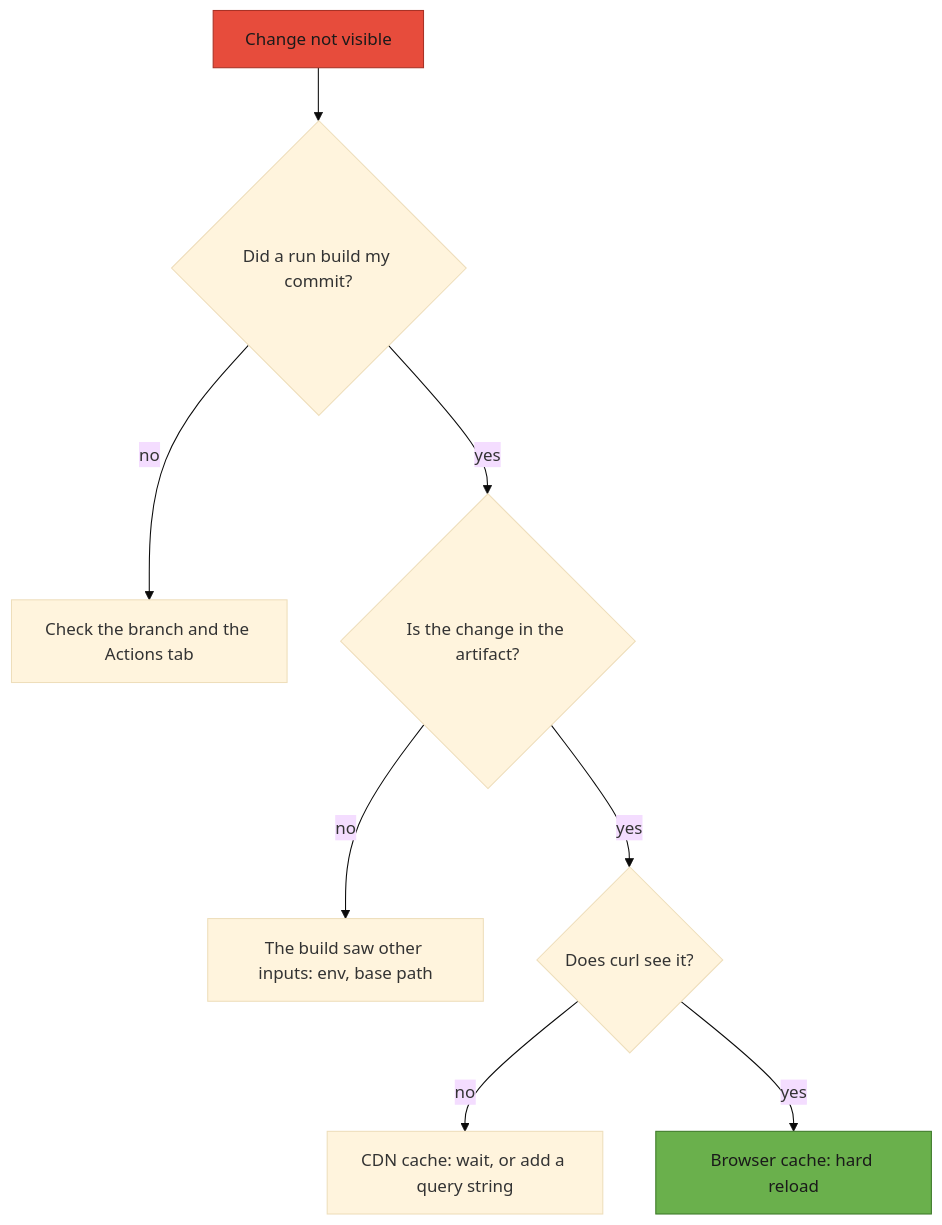
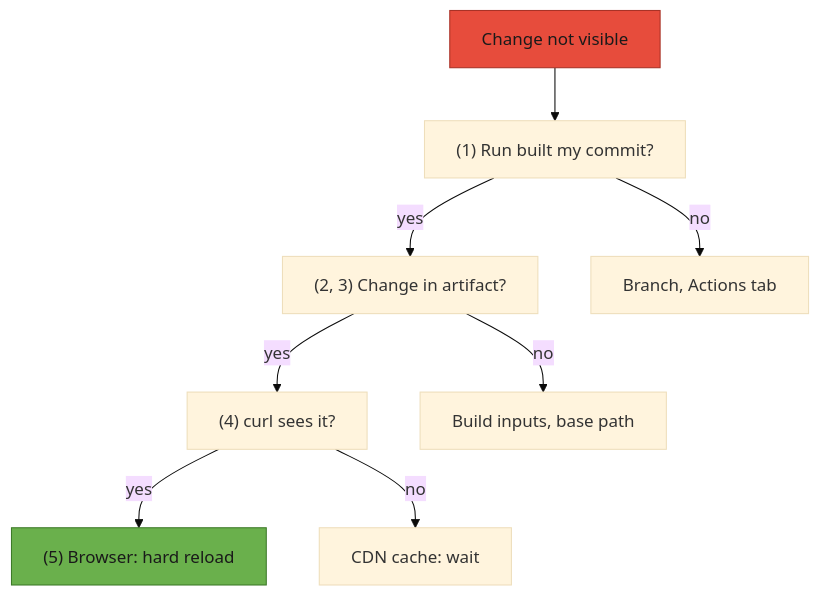
Before and after one commit to KakkoiDev/izumo-io: the third of 3 diagrams in docs/ja/lessons/t40.md, drawn with Mermaid (base theme). The commit also changed other lines of this file and 7 other files, not shown here.

````diff
--- a/docs/ja/lessons/t40.md
+++ b/docs/ja/lessons/t40.md
@@ -455,12 +451,12 @@
 ```mermaid
 flowchart TB
-    A["Change not visible"] --> B{"Did a run build my commit?"}
-    B -- no --> B1["Check the branch and the Actions tab"]
-    B -- yes --> C{"Is the change in the artifact?"}
-    C -- no --> C1["The build saw other inputs: env, base path"]
-    C -- yes --> D{"Does curl see it?"}
-    D -- no --> D1["CDN cache: wait, or add a query string"]
-    D -- yes --> E["Browser cache: hard reload"]
+    A["Change not visible"] --> B["(1) Run built my commit?"]
+    B -- yes --> C["(2, 3) Change in artifact?"]
+    C -- yes --> D["(4) curl sees it?"]
+    D -- yes --> E["(5) Browser: hard reload"]
+    B -- no --> B1["Branch, Actions tab"]
+    C -- no --> C1["Build inputs, base path"]
+    D -- no --> D1["CDN cache: wait"]
     style A fill:#e74c3c,stroke:#a93226,color:#1a1a1a
     style E fill:#6ab04c,stroke:#3d7a28,color:#1a1a1a
 ```
````
